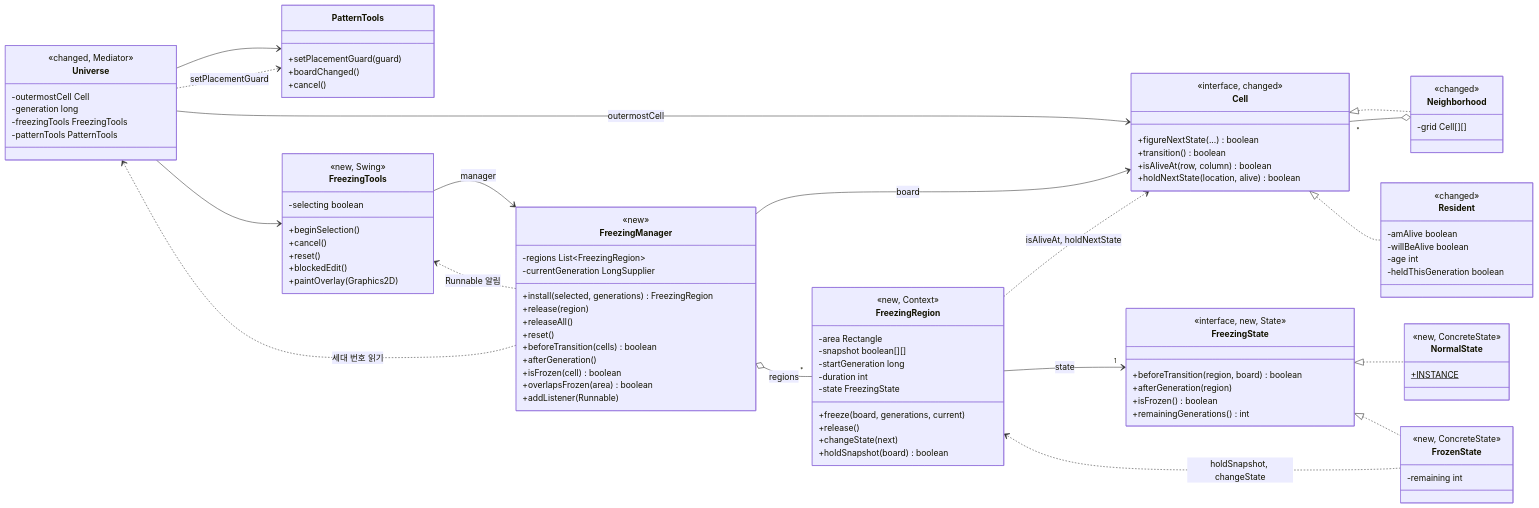
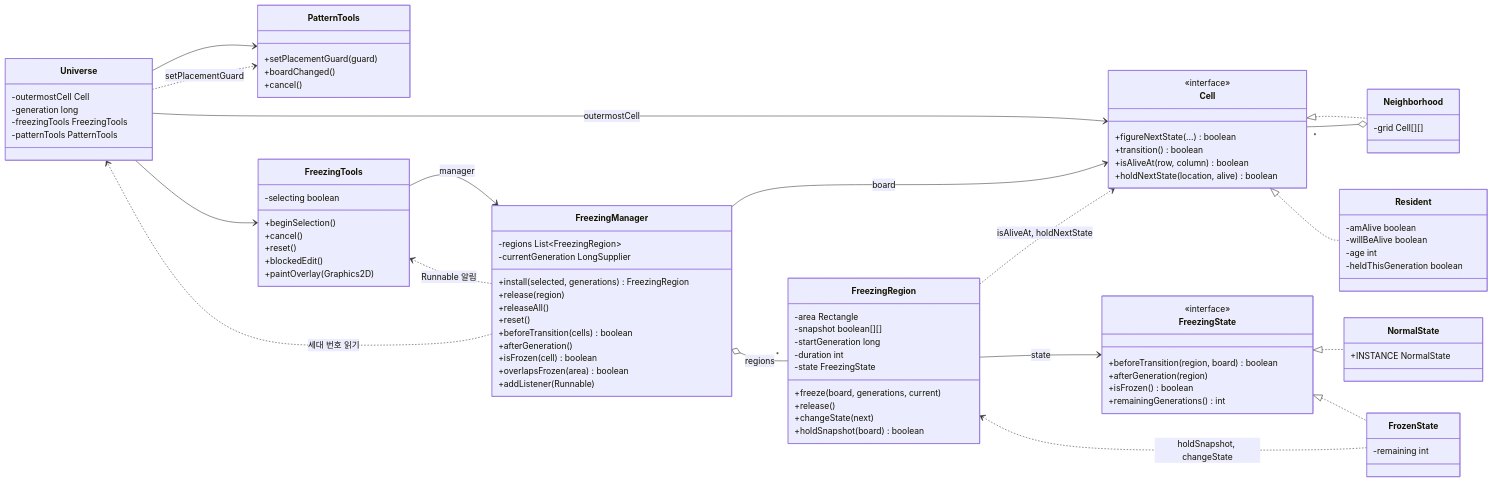
Before and after one commit to mckimR1972/DP_team_project: the first of 5 diagrams in docs/freezing/design.md, drawn with Mermaid. The commit also changed other lines of this file, not shown here.

Commit message:
docs: Freezing 클래스·상태 다이어그램을 GitHub에서 그려지는 Mermaid 문법으로 수정

```diff
--- a/docs/freezing/design.md
+++ b/docs/freezing/design.md
@@ -118,18 +118,16 @@
     direction LR
 
     class Cell {
-        <<interface, changed>>
+        <<interface>>
         +figureNextState(...) boolean
         +transition() boolean
         +isAliveAt(row, column) boolean
         +holdNextState(location, alive) boolean
     }
     class Neighborhood {
-        <<changed>>
         -grid Cell[][]
     }
     class Resident {
-        <<changed>>
         -amAlive boolean
         -willBeAlive boolean
         -age int
@@ -140,7 +138,6 @@
     Neighborhood o-- "*" Cell
 
     class Universe {
-        <<changed, Mediator>>
         -outermostCell Cell
         -generation long
         -freezingTools FreezingTools
@@ -152,7 +149,6 @@
         +cancel()
     }
     class FreezingTools {
-        <<new, Swing>>
         -selecting boolean
         +beginSelection()
         +cancel()
@@ -161,7 +157,6 @@
         +paintOverlay(Graphics2D)
     }
     class FreezingManager {
-        <<new>>
         -regions List~FreezingRegion~
         -currentGeneration LongSupplier
         +install(selected, generations) FreezingRegion
@@ -175,7 +170,6 @@
         +addListener(Runnable)
     }
     class FreezingRegion {
-        <<new, Context>>
         -area Rectangle
         -snapshot boolean[][]
         -startGeneration long
@@ -187,18 +181,16 @@
         +holdSnapshot(board) boolean
     }
     class FreezingState {
-        <<interface, new, State>>
+        <<interface>>
         +beforeTransition(region, board) boolean
         +afterGeneration(region)
         +isFrozen() boolean
         +remainingGenerations() int
     }
     class NormalState {
-        <<new, ConcreteState>>
-        +INSTANCE$
+        +INSTANCE NormalState
     }
     class FrozenState {
-        <<new, ConcreteState>>
         -remaining int
     }
 
@@ -211,7 +203,7 @@
     FreezingManager ..> Universe : 세대 번호 읽기
     FreezingManager --> Cell : board
     FreezingManager o-- "*" FreezingRegion : regions
-    FreezingRegion --> "1" FreezingState : state
+    FreezingRegion --> FreezingState : state
     FreezingState <|.. NormalState
     FreezingState <|.. FrozenState
     FrozenState ..> FreezingRegion : holdSnapshot, changeState
```
